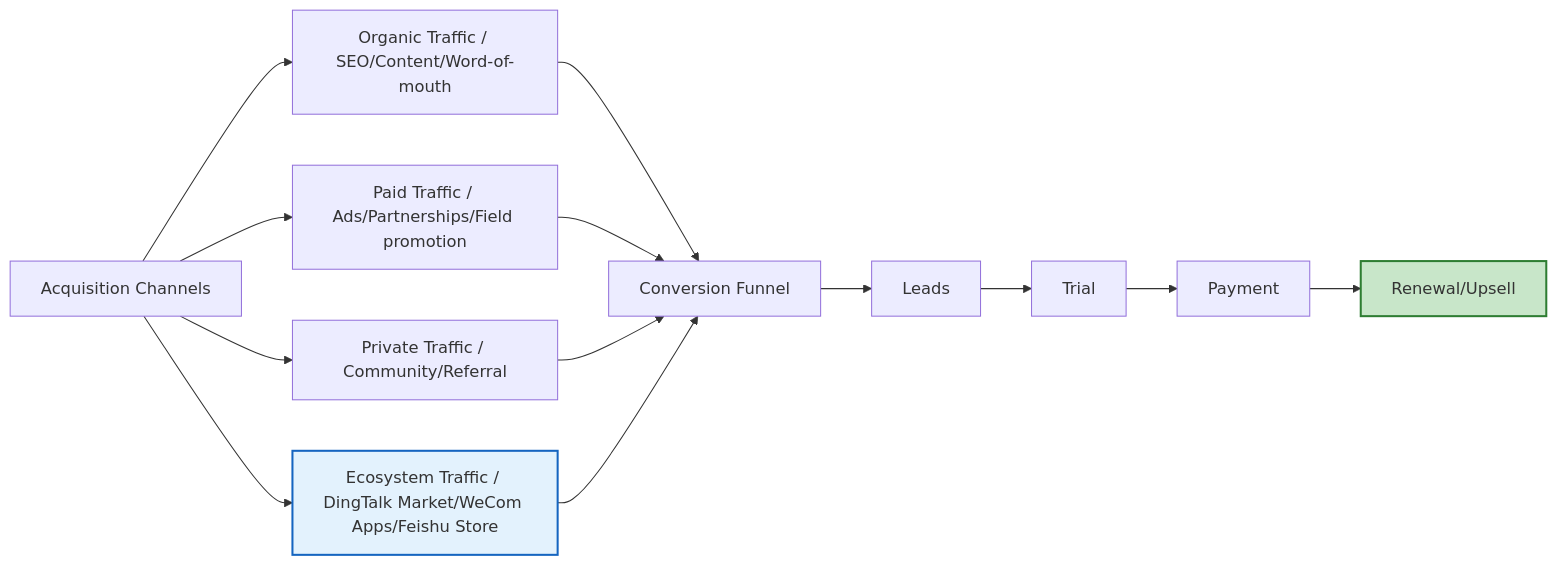
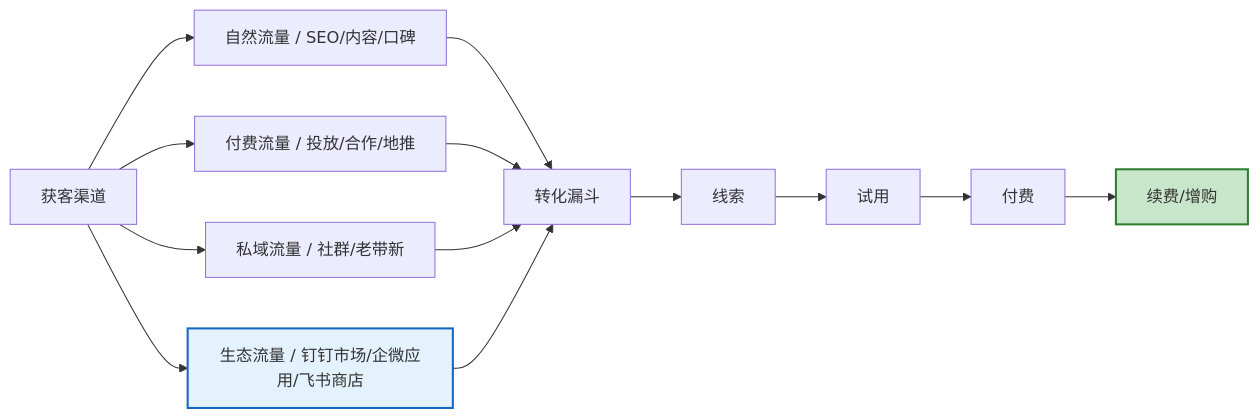
Before and after one commit to Kirky-X/cangjie: diagram 12 of 18 in templates/Product/Strategy/Template-MRD.md, drawn with Mermaid. The commit also changed other lines of this file and 33 other files, not shown here.

````diff
--- a/templates/Product/Strategy/Template-MRD.md
+++ b/templates/Product/Strategy/Template-MRD.md
@@ -551,20 +551,20 @@
 ```mermaid
 graph LR
-    A[Acquisition Channels] --> B[Organic Traffic / SEO/Content/Word-of-mouth]
-    A --> C[Paid Traffic / Ads/Partnerships/Field promotion]
-    A --> D[Private Traffic / Community/Referral]
-    A --> E[Ecosystem Traffic / DingTalk Market/WeCom Apps/Feishu Store]
+    A[获客渠道] --> B[自然流量 / SEO/内容/口碑]
+    A --> C[付费流量 / 投放/合作/地推]
+    A --> D[私域流量 / 社群/老带新]
+    A --> E[生态流量 / 钉钉市场/企微应用/飞书商店]
 
-    B --> F[Conversion Funnel]
+    B --> F[转化漏斗]
     C --> F
     D --> F
     E --> F
 
-    F --> G[Leads]
-    G --> H[Trial]
-    H --> I[Payment]
-    I --> J[Renewal/Upsell]
+    F --> G[线索]
+    G --> H[试用]
+    H --> I[付费]
+    I --> J[续费/增购]
 
     style E fill:#e3f2fd,stroke:#1565c0,stroke-width:2px
     style J fill:#c8e6c9,stroke:#2e7d32,stroke-width:2px
 ```
````
